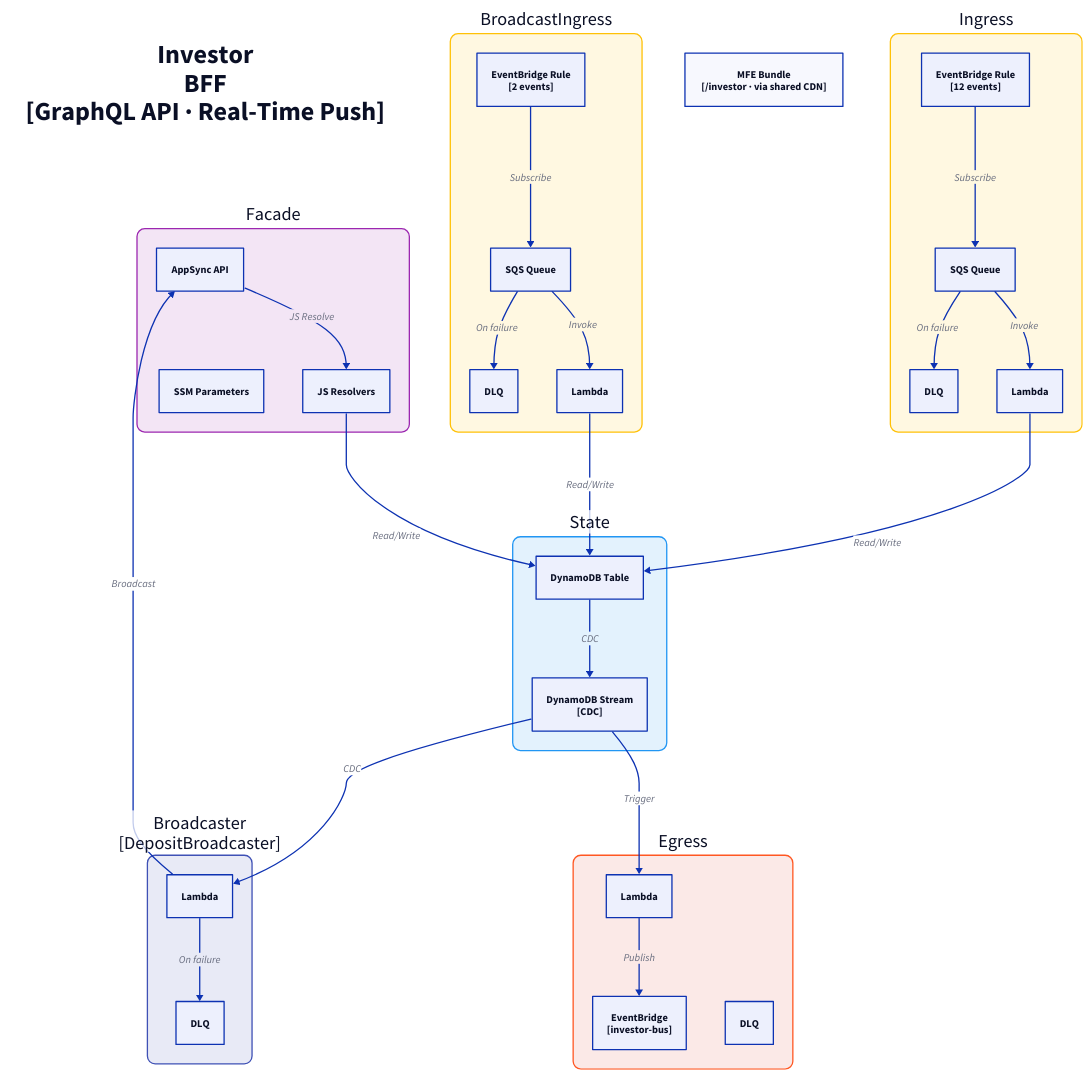
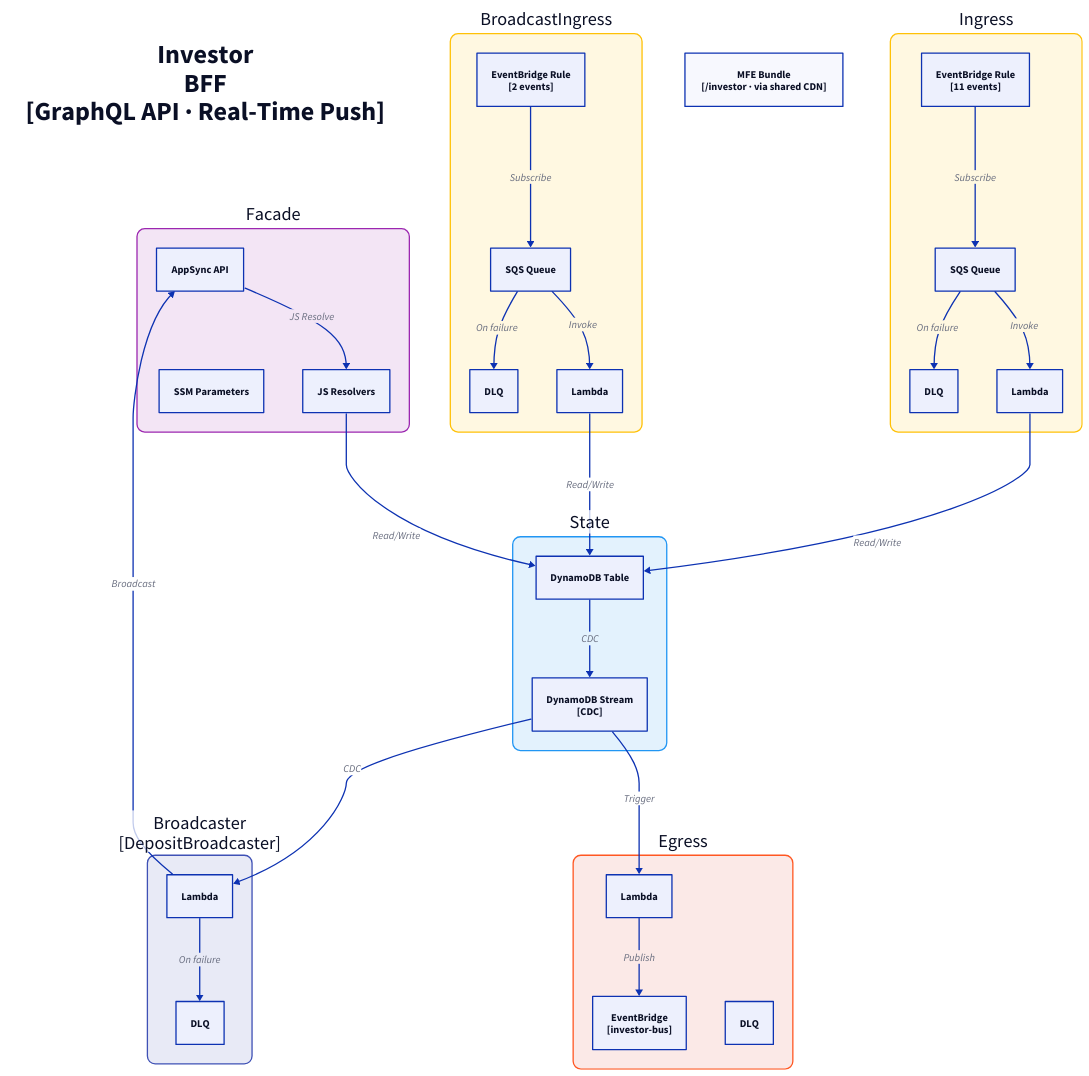
Before and after one commit to fabio-vitali/nestfolio: the diagram in docs/architecture/c3/investor-bff.d2, drawn with D2. The commit also changed 7 other files, not shown here.

First line of the commit message:
docs(c4): regen architecture diagrams for go-live event changes

```diff
--- a/docs/architecture/c3/investor-bff.d2
+++ b/docs/architecture/c3/investor-bff.d2
@@ -1,71 +1,71 @@
 direction: down
 
 title: "Investor\nBFF\n[GraphQL API · Real-Time Push]" {
   style: { font-size: 40; bold: true; fill: transparent; stroke: transparent }
 }
 
 facade: "Facade" {
   style: { fill: "#F3E5F5"; stroke: "#9C27B0"; border-radius: 12; font-size: 28 }
   appsync: "AppSync API" { class: aws-appsync }
   resolvers: "JS Resolvers" { class: aws-lambda }
   appsync -> resolvers: JS Resolve
   ssm: "SSM Parameters" { class: aws-ssm }
 }
 
 ingress: "Ingress" {
   style: { fill: "#FFF8E1"; stroke: "#FFC107"; border-radius: 12; font-size: 28 }
-  rule: "EventBridge Rule\n[12 events]" { class: aws-eventbridge }
+  rule: "EventBridge Rule\n[11 events]" { class: aws-eventbridge }
   sqs: "SQS Queue" { class: aws-sqs }
   dlq: "DLQ" { class: aws-dlq }
   handler: "Lambda" { class: aws-lambda }
 
   rule -> sqs: Subscribe
   sqs -> handler: Invoke
   sqs -> dlq: On failure
 }
 
 broadcast-ingress: "BroadcastIngress" {
   style: { fill: "#FFF8E1"; stroke: "#FFC107"; border-radius: 12; font-size: 28 }
   rule: "EventBridge Rule\n[2 events]" { class: aws-eventbridge }
   sqs: "SQS Queue" { class: aws-sqs }
   dlq: "DLQ" { class: aws-dlq }
   handler: "Lambda" { class: aws-lambda }
 
   rule -> sqs: Subscribe
   sqs -> handler: Invoke
   sqs -> dlq: On failure
 }
 
 state: "State" {
   style: { fill: "#E3F2FD"; stroke: "#2196F3"; border-radius: 12; font-size: 28 }
   table: "DynamoDB Table" { class: aws-dynamodb }
   stream: "DynamoDB Stream\n[CDC]" { class: aws-ddb-stream }
   table -> stream: CDC
 }
 
 egress: "Egress" {
   style: { fill: "#FBE9E7"; stroke: "#FF5722"; border-radius: 12; font-size: 28 }
   processor: "Lambda" { class: aws-lambda }
   bus: "EventBridge\n[investor-bus]" { class: aws-eventbridge }
   dlq: "DLQ" { class: aws-dlq }
 
   processor -> bus: Publish
 }
 
 broadcaster: "Broadcaster\n[DepositBroadcaster]" {
   style: { fill: "#E8EAF6"; stroke: "#3F51B5"; border-radius: 12; font-size: 28 }
   publisher: "Lambda" { class: aws-lambda }
   dlq: "DLQ" { class: aws-dlq }
 
   publisher -> dlq: On failure
 }
 
 mfe-bundle: "MFE Bundle\n[/investor · via shared CDN]" { class: aws-s3 }
 
 # Flows
 facade.resolvers -> state.table: Read/Write
 ingress.handler -> state.table: Read/Write
 broadcast-ingress.handler -> state.table: Read/Write
 state.stream -> egress.processor: Trigger
 state.stream -> broadcaster.publisher: CDC
 broadcaster.publisher -> facade.appsync: Broadcast
```
